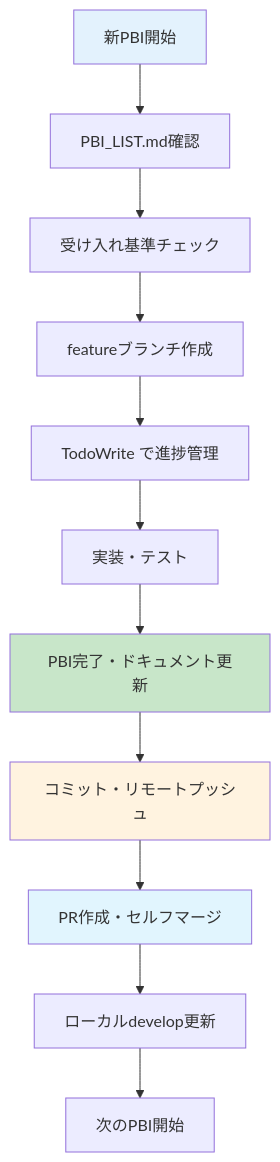
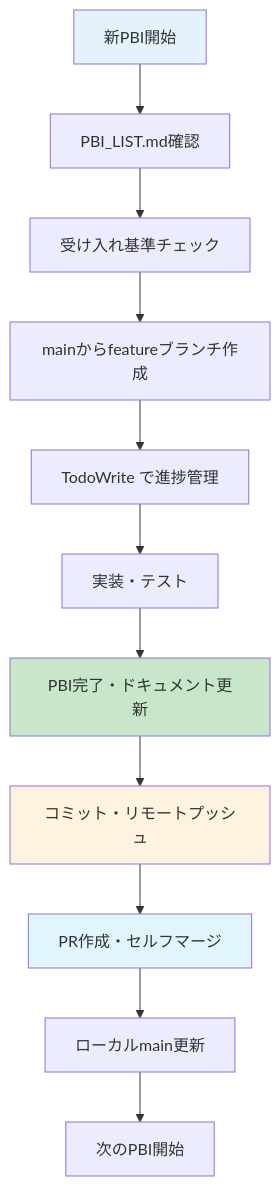
One commit to ak-nagae/sideVar changed the first of 4 diagrams in CLAUDE.md. Above: the diagram before and after it, drawn with Mermaid. The commit also changed other lines of this file, not shown here.

````diff
--- a/CLAUDE.md
+++ b/CLAUDE.md
@@ -7,18 +7,18 @@
 ```mermaid
 flowchart TD
     A[新PBI開始] --> B[PBI_LIST.md確認]
     B --> C[受け入れ基準チェック]
-    C --> D[featureブランチ作成]
+    C --> D[mainからfeatureブランチ作成]
     D --> E[TodoWrite で進捗管理]
     E --> F[実装・テスト]
     F --> G[PBI完了・ドキュメント更新]
     G --> H[コミット・リモートプッシュ]
     H --> I[PR作成・セルフマージ]
-    I --> J[ローカルdevelop更新]
+    I --> J[ローカルmain更新]
     J --> K[次のPBI開始]
 
     style A fill:#e3f2fd
     style G fill:#c8e6c9
     style H fill:#fff3e0
     style I fill:#e1f5fe
 ```
````
